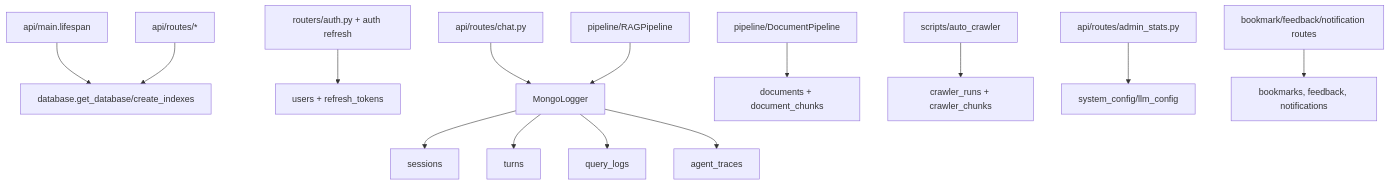
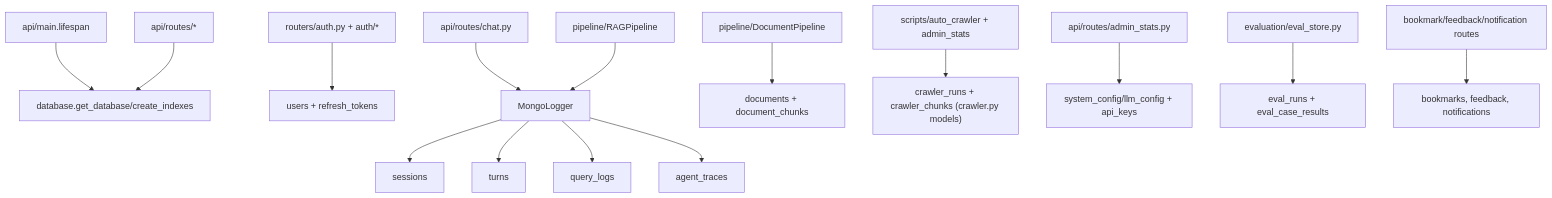
One commit to hoainam183/GR changed the diagram in src/RAG_v2/models/MODULE.md. Above: the diagram before and after it, drawn with Mermaid. The commit also changed other lines of this file and 50 other files, not shown here.

````diff
--- a/src/RAG_v2/models/MODULE.md
+++ b/src/RAG_v2/models/MODULE.md
@@ -125,16 +123,17 @@
 ```mermaid
 flowchart TD
   Lifespan["api/main.lifespan"] --> Motor["database.get_database/create_indexes"]
   Routes["api/routes/*"] --> Motor
-  Auth["routers/auth.py + auth refresh"] --> Users["users + refresh_tokens"]
+  Auth["routers/auth.py + auth/*"] --> Users["users + refresh_tokens"]
   Chat["api/routes/chat.py"] --> Logger["MongoLogger"]
   Pipeline["pipeline/RAGPipeline"] --> Logger
   Logger --> Sessions["sessions"]
   Logger --> Turns["turns"]
   Logger --> QueryLogs["query_logs"]
   Logger --> AgentTraces["agent_traces"]
   Upload["pipeline/DocumentPipeline"] --> Docs["documents + document_chunks"]
-  Crawler["scripts/auto_crawler"] --> CrawlDocs["crawler_runs + crawler_chunks"]
-  AdminConfig["api/routes/admin_stats.py"] --> Config["system_config/llm_config"]
+  Crawler["scripts/auto_crawler + admin_stats"] --> CrawlDocs["crawler_runs + crawler_chunks (crawler.py models)"]
+  AdminConfig["api/routes/admin_stats.py"] --> Config["system_config/llm_config + api_keys"]
+  Eval["evaluation/eval_store.py"] --> EvalDocs["eval_runs + eval_case_results"]
   MobileRoutes["bookmark/feedback/notification routes"] --> MobileDocs["bookmarks, feedback, notifications"]
 ```
````
